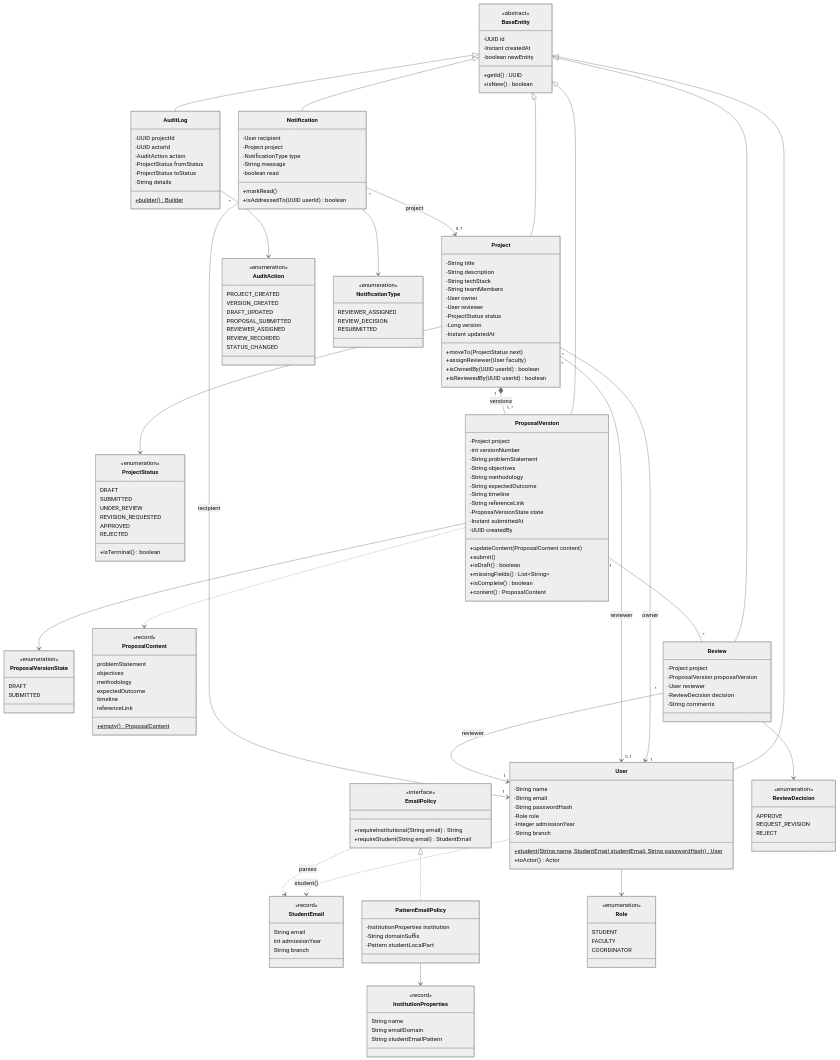
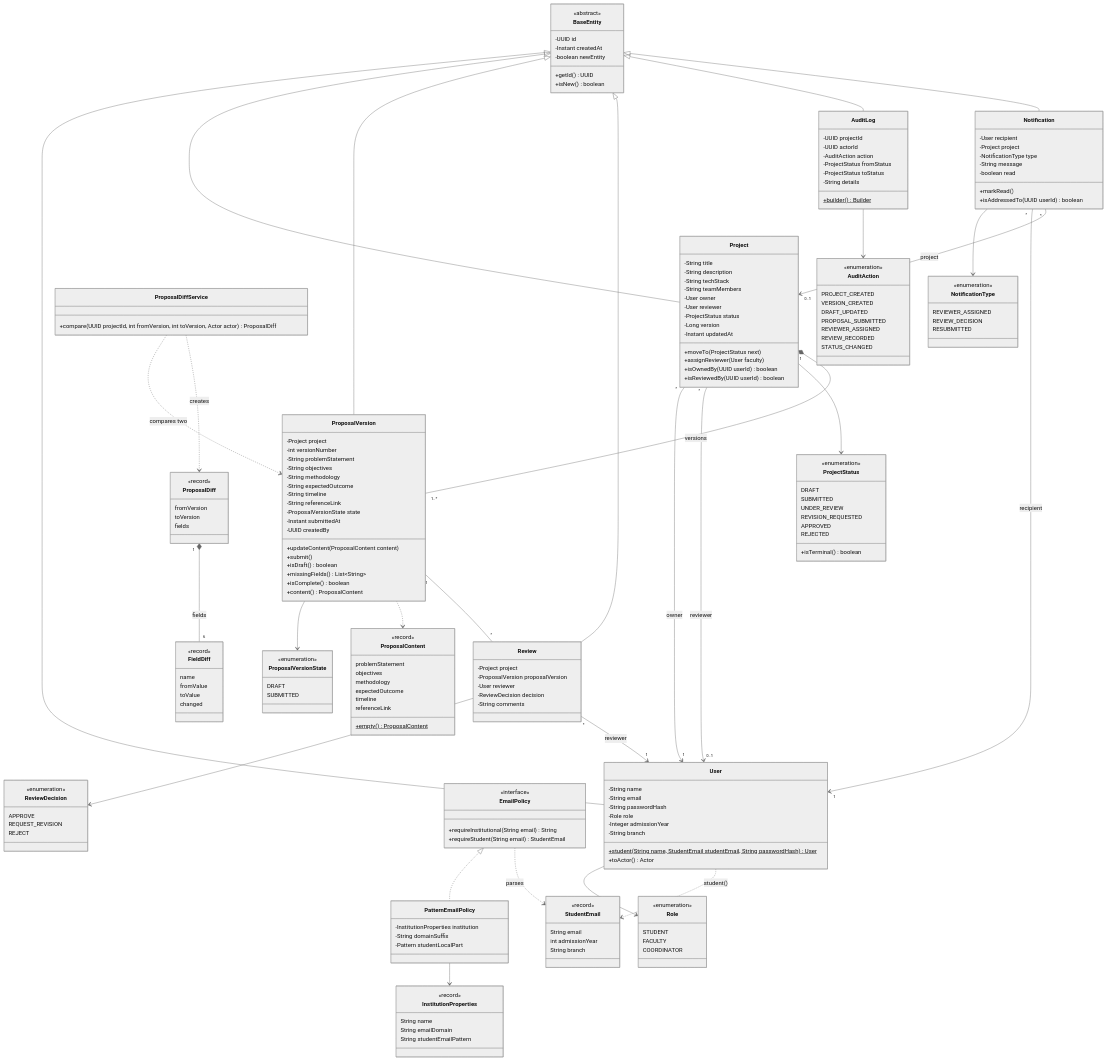
The second of 11 diagrams in docs/diagrams.md (udita-0707/Prastaav), drawn with Mermaid (neutral theme) before and after one commit. The commit also changed 4 other files, not shown here.

Commit message:
docs(proposal): version compare contract, class diagram and requirement

```diff
--- a/docs/diagrams.md
+++ b/docs/diagrams.md
@@ -138,6 +138,22 @@
     referenceLink
     +empty()$ ProposalContent
   }
+  class ProposalDiff {
+    <<record>>
+    fromVersion
+    toVersion
+    fields
+  }
+  class FieldDiff {
+    <<record>>
+    name
+    fromValue
+    toValue
+    changed
+  }
+  class ProposalDiffService {
+    +compare(UUID projectId, int fromVersion, int toVersion, Actor actor) ProposalDiff
+  }
   class Review {
     -Project project
     -ProposalVersion proposalVersion
@@ -203,6 +219,9 @@
   ProposalVersion --> ProposalVersionState
   ProposalVersion ..> ProposalContent
   ProposalVersion "1" -- "*" Review
+  ProposalDiffService ..> ProposalVersion : compares two
+  ProposalDiffService ..> ProposalDiff : creates
+  ProposalDiff "1" *-- "6" FieldDiff : fields
   Review --> ReviewDecision
   Review "*" --> "1" User : reviewer
   AuditLog --> AuditAction
```
